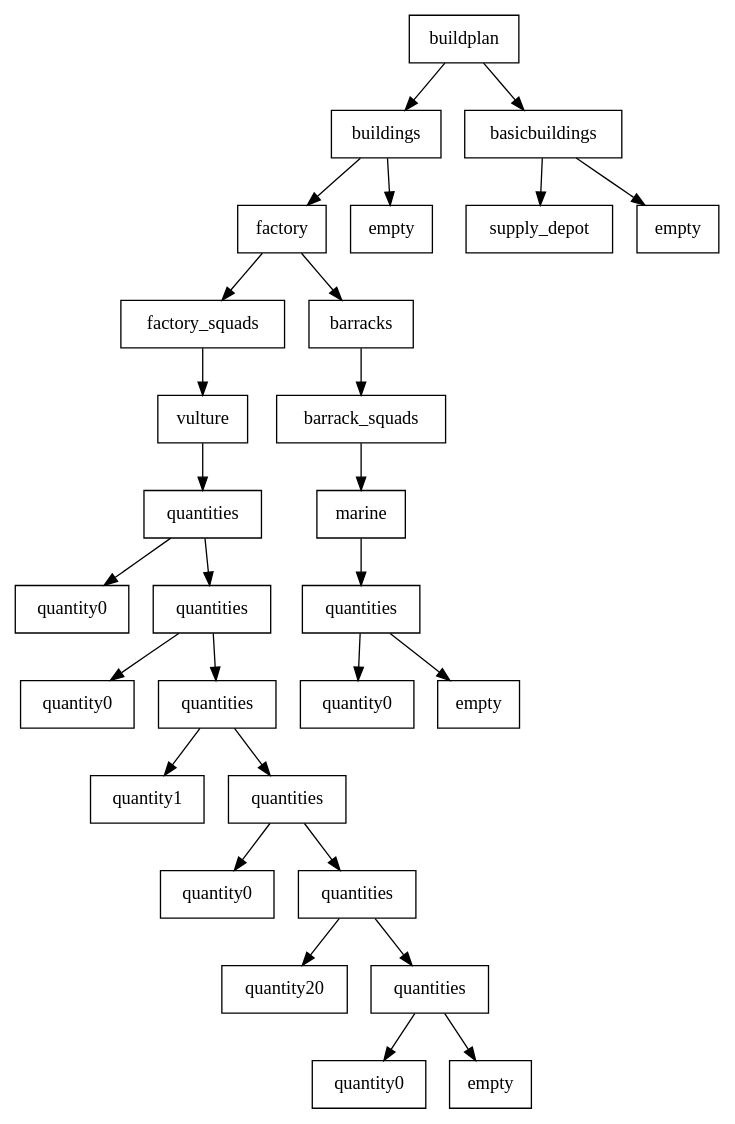
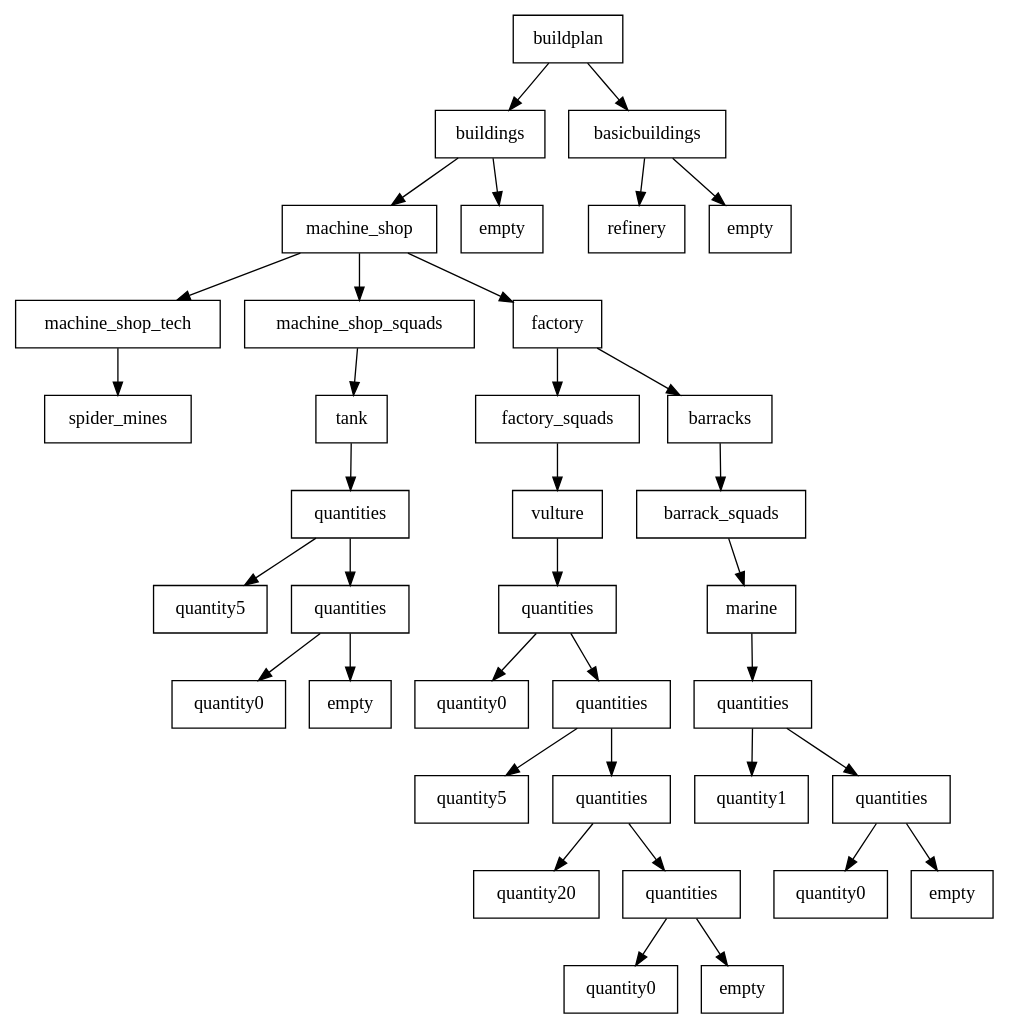
One commit to cryogenic-dreams/StarCraft-GPBot changed the diagram in GPBot/file0.dot. Above: the diagram before and after it, drawn with Graphviz. The commit also changed 37 other files, not shown here.

```diff
--- a/GPBot/file0.dot
+++ b/GPBot/file0.dot
@@ -1,59 +1,75 @@
 digraph g {
 graph [ordering=out];
 node [shape=rectangle];
 n[label = "buildplan"];
 n0[label = "buildings"];
-n00[label = "factory"];
-n000[label = "factory_squads"];
-n0000[label = "vulture"];
-n00000[label = "quantities"];
-n000000[label = "quantity0"];
-n00000 -> n000000;
-n000001[label = "quantities"];
-n0000010[label = "quantity0"];
-n000001 -> n0000010;
-n0000011[label = "quantities"];
-n00000110[label = "quantity1"];
-n0000011 -> n00000110;
-n00000111[label = "quantities"];
-n000001110[label = "quantity0"];
-n00000111 -> n000001110;
-n000001111[label = "quantities"];
-n0000011110[label = "quantity20"];
-n000001111 -> n0000011110;
-n0000011111[label = "quantities"];
-n00000111110[label = "quantity0"];
-n0000011111 -> n00000111110;
-n00000111111[label = "empty"];
-n0000011111 -> n00000111111;
-n000001111 -> n0000011111;
-n00000111 -> n000001111;
-n0000011 -> n00000111;
-n000001 -> n0000011;
-n00000 -> n000001;
-n0000 -> n00000;
+n00[label = "machine_shop"];
+n000[label = "machine_shop_tech"];
+n0000[label = "spider_mines"];
 n000 -> n0000;
 n00 -> n000;
-n001[label = "barracks"];
-n0010[label = "barrack_squads"];
-n00100[label = "marine"];
-n001000[label = "quantities"];
-n0010000[label = "quantity0"];
-n001000 -> n0010000;
-n0010001[label = "empty"];
-n001000 -> n0010001;
+n001[label = "machine_shop_squads"];
+n0010[label = "tank"];
+n00100[label = "quantities"];
+n001000[label = "quantity5"];
 n00100 -> n001000;
+n001001[label = "quantities"];
+n0010010[label = "quantity0"];
+n001001 -> n0010010;
+n0010011[label = "empty"];
+n001001 -> n0010011;
+n00100 -> n001001;
 n0010 -> n00100;
 n001 -> n0010;
 n00 -> n001;
+n002[label = "factory"];
+n0020[label = "factory_squads"];
+n00200[label = "vulture"];
+n002000[label = "quantities"];
+n0020000[label = "quantity0"];
+n002000 -> n0020000;
+n0020001[label = "quantities"];
+n00200010[label = "quantity5"];
+n0020001 -> n00200010;
+n00200011[label = "quantities"];
+n002000110[label = "quantity20"];
+n00200011 -> n002000110;
+n002000111[label = "quantities"];
+n0020001110[label = "quantity0"];
+n002000111 -> n0020001110;
+n0020001111[label = "empty"];
+n002000111 -> n0020001111;
+n00200011 -> n002000111;
+n0020001 -> n00200011;
+n002000 -> n0020001;
+n00200 -> n002000;
+n0020 -> n00200;
+n002 -> n0020;
+n0021[label = "barracks"];
+n00210[label = "barrack_squads"];
+n002100[label = "marine"];
+n0021000[label = "quantities"];
+n00210000[label = "quantity1"];
+n0021000 -> n00210000;
+n00210001[label = "quantities"];
+n002100010[label = "quantity0"];
+n00210001 -> n002100010;
+n002100011[label = "empty"];
+n00210001 -> n002100011;
+n0021000 -> n00210001;
+n002100 -> n0021000;
+n00210 -> n002100;
+n0021 -> n00210;
+n002 -> n0021;
+n00 -> n002;
 n0 -> n00;
 n01[label = "empty"];
 n0 -> n01;
 n -> n0;
 n1[label = "basicbuildings"];
-n10[label = "supply_depot"];
+n10[label = "refinery"];
 n1 -> n10;
 n11[label = "empty"];
 n1 -> n11;
 n -> n1;
 }
```
